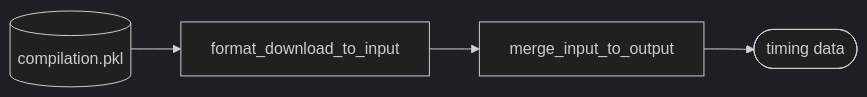
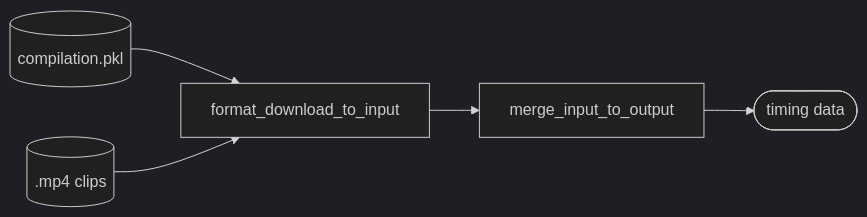
One commit to Ella36/twitch-compilation-from-cluster changed the fourth of 7 diagrams in README.md. Above: the diagram before and after it, drawn with Mermaid (dark theme). The commit also changed other lines of this file, not shown here.

Commit message:
Update graphs

````diff
--- a/README.md
+++ b/README.md
@@ -145,7 +145,9 @@
 ```mermaid
 flowchart LR;
     compilation-->format_download_to_input-->merge_input_to_output
+    disk-->format_download_to_input
     merge_input_to_output-->meta
     compilation[(compilation.pkl)]
+    disk[(.mp4 clips)]
     meta([timing data])
 ```
````
